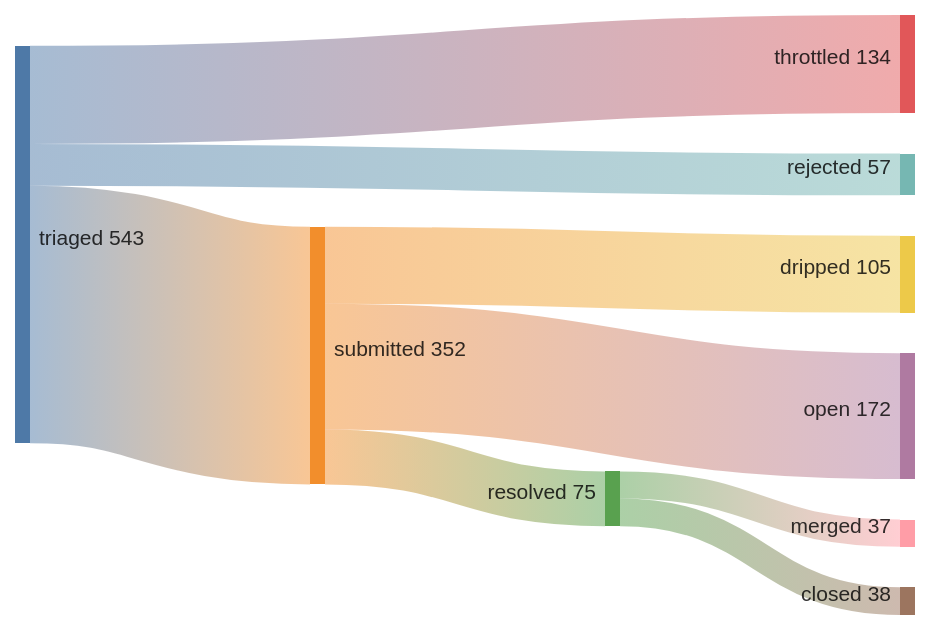
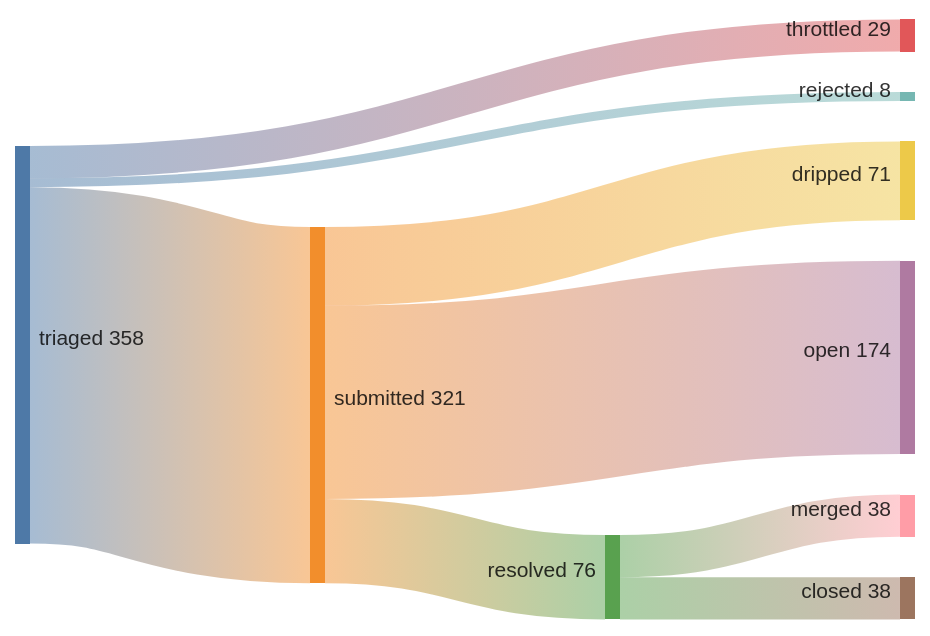
The first of 2 diagrams in README.md (kimjune01/kimjune01), drawn with Mermaid before and after one commit. The commit also changed other lines of this file and 1 other file, not shown here.

Commit message:
stats: 38/76 = 50% (01:59 UTC)

````diff
--- a/README.md
+++ b/README.md
@@ -5,11 +5,11 @@
 ```mermaid
 sankey-beta
-    triaged,    submitted, 352
-    triaged,    throttled, 134
-    triaged,    rejected,  57
-    submitted,  resolved,  75
-    submitted,  dripped,   105
-    submitted,  open,      172
-    resolved,   merged,    37
+    triaged,    submitted, 321
+    triaged,    throttled, 29
+    triaged,    rejected,  8
+    submitted,  resolved,  76
+    submitted,  dripped,   71
+    submitted,  open,      174
+    resolved,   merged,    38
     resolved,   closed,    38
 ```
````
